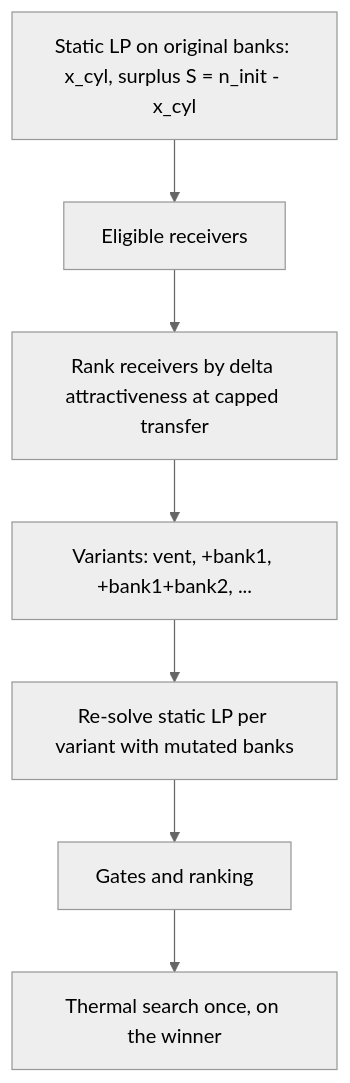
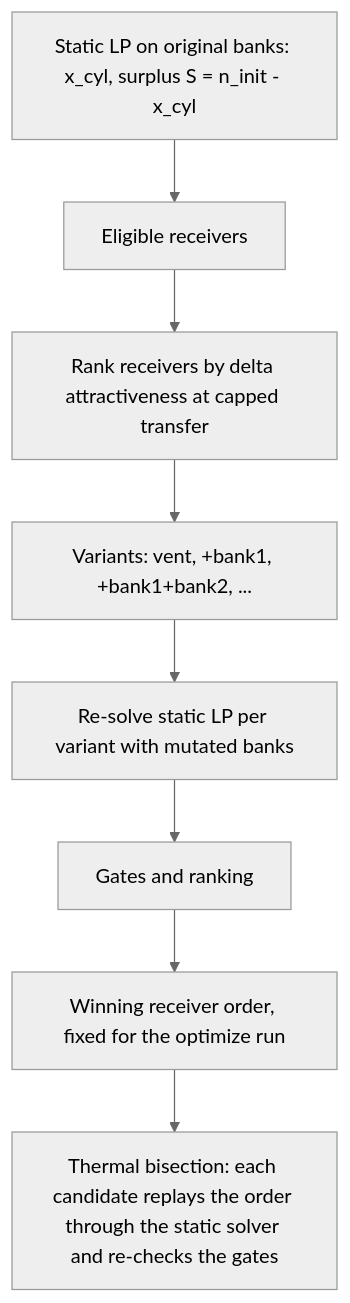
Before and after one commit to speleobrad/simplex-blender: the diagram in docs/superpowers/specs/2026-10-27-helium-salvage-design.md, drawn with Mermaid (neutral theme). The commit also changed other lines of this file and 4 other files, not shown here.

````diff
--- a/docs/superpowers/specs/2026-10-27-helium-salvage-design.md
+++ b/docs/superpowers/specs/2026-10-27-helium-salvage-design.md
@@ -26,9 +26,10 @@
 ```mermaid
 flowchart TD
   A[Static LP on original banks: x_cyl, surplus S = n_init - x_cyl] --> E[Eligible receivers]
   E --> R[Rank receivers by delta attractiveness at capped transfer]
   R --> V[Variants: vent, +bank1, +bank1+bank2, ...]
   V --> L[Re-solve static LP per variant with mutated banks]
   L --> G[Gates and ranking]
-  G --> T[Thermal search once, on the winner]
+  G --> W[Winning receiver order, fixed for the optimize run]
+  W --> T[Thermal bisection: each candidate replays the order through the static solver and re-checks the gates]
 ```
````
